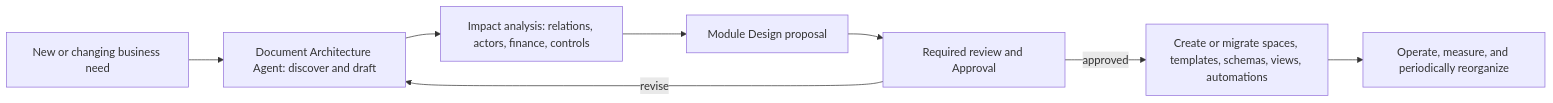
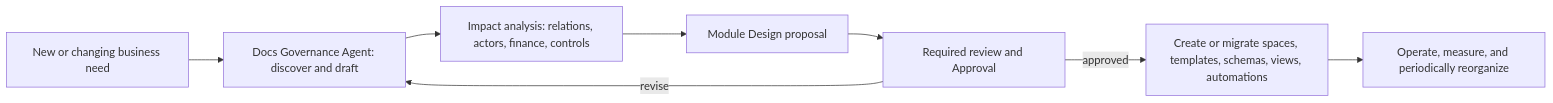
One commit to cyl19970726/multi-agent-harness changed the diagram in docs/company-os/module-design.md. Above: the diagram before and after it, drawn with Mermaid. The commit also changed other lines of this file and 24 other files, not shown here.

````diff
--- a/docs/company-os/module-design.md
+++ b/docs/company-os/module-design.md
@@ -24,10 +24,10 @@
 ```mermaid
 flowchart LR
-  N["New or changing business need"] --> A["Document Architecture Agent: discover and draft"]
+  N["New or changing business need"] --> A["Docs Governance Agent: discover and draft"]
   A --> I["Impact analysis: relations, actors, finance, controls"]
   I --> P["Module Design proposal"]
   P --> G["Required review and Approval"]
   G -->|approved| C["Create or migrate spaces, templates, schemas, views, automations"]
   G -->|revise| A
   C --> O["Operate, measure, and periodically reorganize"]
 ```
````
